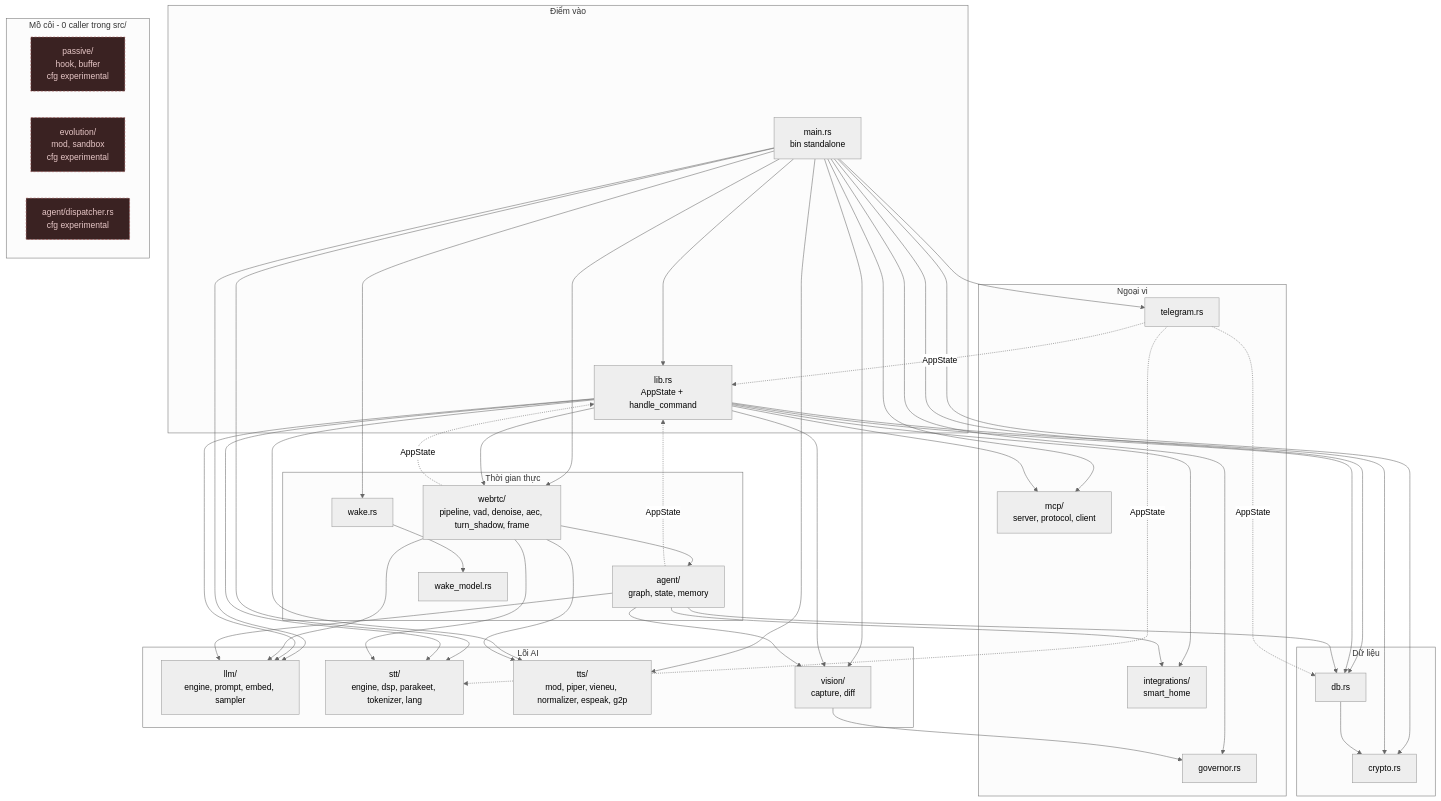
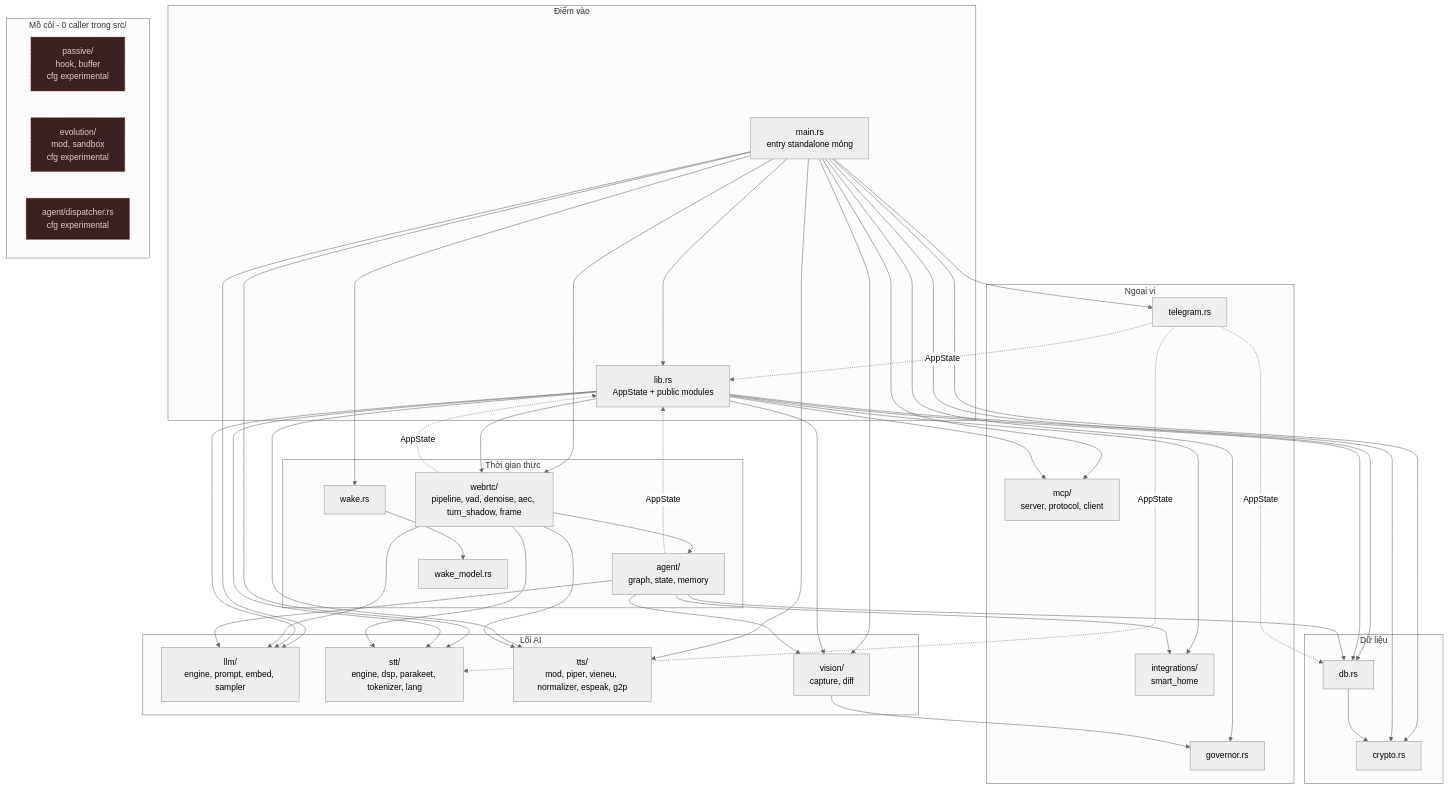
One commit to DuongNAD/LIVA changed the diagram in docs/01-ban-ve/10-phu-thuoc-module-va-tra-cuu.md. Above: the diagram before and after it, drawn with Mermaid (neutral theme). The commit also changed other lines of this file and 36 other files, not shown here.

````diff
--- a/docs/01-ban-ve/10-phu-thuoc-module-va-tra-cuu.md
+++ b/docs/01-ban-ve/10-phu-thuoc-module-va-tra-cuu.md
@@ -40,8 +40,8 @@
 ```mermaid
 flowchart TD
     subgraph ENTRY["Điểm vào"]
-        main["main.rs<br/>bin standalone"]
-        lib["lib.rs<br/>AppState + handle_command"]
+        main["main.rs<br/>entry standalone mỏng"]
+        lib["lib.rs<br/>AppState + public modules"]
     end
 
     subgraph AI["Lõi AI"]
````
